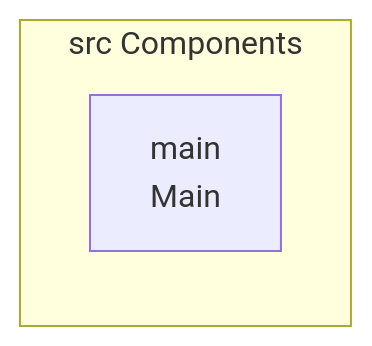
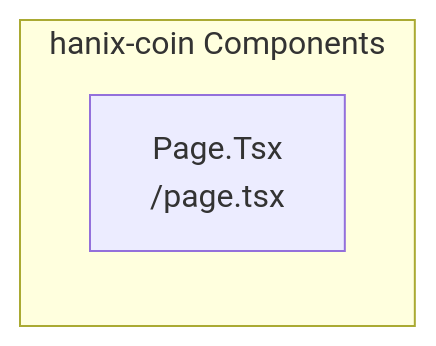
One commit to Punyamittal/hanix-coin changed the third of 4 diagrams in README.md. Above: the diagram before and after it, drawn with Mermaid. The commit also changed other lines of this file, not shown here.

````diff
--- a/README.md
+++ b/README.md
@@ -200,6 +201,6 @@
 ```mermaid
 graph LR
-    subgraph App["src Components"]
-        main["main<br/>Main"]
+    subgraph App["hanix-coin Components"]
+        page_tsx["Page.Tsx<br/>/page.tsx"]
     end
 ```
````
